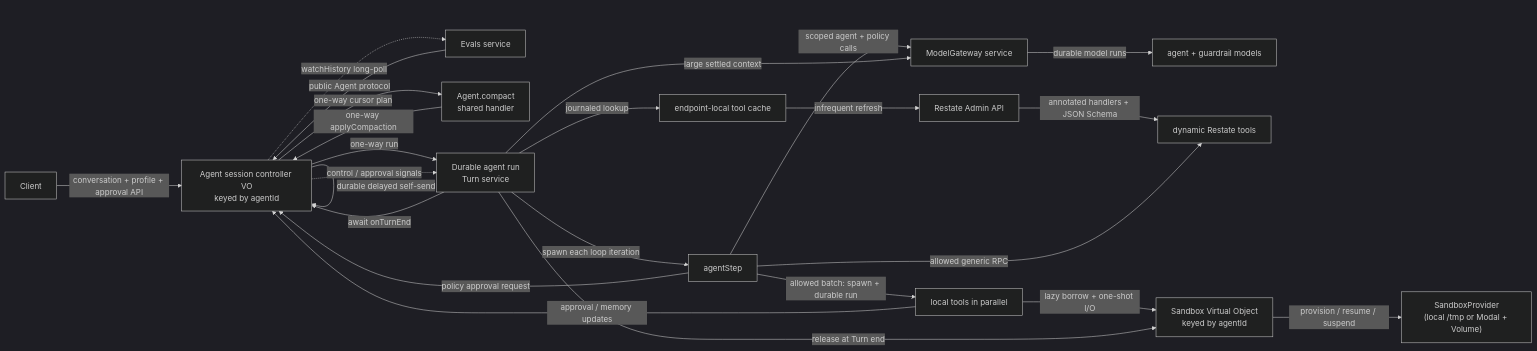
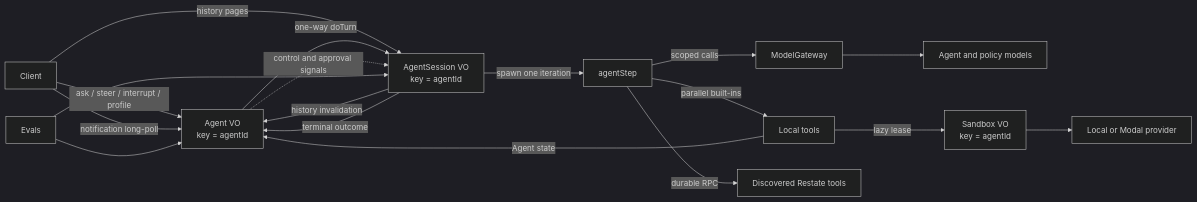
Before and after one commit to restatedev/agent: the diagram in README.md, drawn with Mermaid (dark theme). The commit also changed other lines of this file and 10 other files, not shown here.

Commit message:
docs: align guides with agent session architecture

````diff
--- a/README.md
+++ b/README.md
@@ -137,26 +79,20 @@
 ```mermaid
 flowchart LR
-  Client -->|"conversation + profile + approval API"| Agent["Agent session controller VO\nkeyed by agentId"]
-  Agent -->|"one-way run"| Turn["Durable agent run\nTurn service"]
-  Agent -->|"durable delayed self-send"| Agent
-  Agent -.->|"control / approval signals"| Turn
-  Turn -->|"spawn each loop iteration"| Step["agentStep"]
-  Step -->|"scoped agent + policy calls"| Gateway["ModelGateway service"]
-  Gateway -->|"durable model runs"| Model["agent + guardrail models"]
-  Step -->|"allowed batch: spawn + durable run"| Tools["local tools in parallel"]
-  Turn -->|"journaled lookup"| Cache["endpoint-local tool cache"]
-  Cache -->|"infrequent refresh"| Admin["Restate Admin API"]
-  Admin -->|"annotated handlers + JSON Schema"| Dynamic["dynamic Restate tools"]
-  Step -->|"allowed generic RPC"| Dynamic
-  Step -->|"policy approval request"| Agent
-  Tools -->|"approval / memory updates"| Agent
-  Tools -->|"lazy borrow + one-shot I/O"| Sandbox["Sandbox Virtual Object\nkeyed by agentId"]
-  Turn -->|"release at Turn end"| Sandbox
-  Sandbox -->|"provision / resume / suspend"| Provider["SandboxProvider\n(local /tmp or Modal + Volume)"]
-  Turn -->|"large settled context"| Gateway
-  Turn -->|"await onTurnEnd"| Agent
-  Eval["Evals service"] -->|"public Agent protocol"| Agent
-  Agent -.->|"watchHistory long-poll"| Eval
-  Agent -->|"one-way cursor plan"| Compactor["Agent.compact\nshared handler"]
-  Compactor -->|"one-way applyCompaction"| Agent
+  C["Client"] -->|"ask / steer / interrupt / profile"| A["Agent VO\nkey = agentId"]
+  C -->|"history pages"| S["AgentSession VO\nkey = agentId"]
+  C -->|"notification long-poll"| A
+  A -->|"one-way doTurn"| S
+  A -.->|"control and approval signals"| S
+  S -->|"spawn one iteration"| Step["agentStep"]
+  Step -->|"scoped calls"| G["ModelGateway"]
+  G --> M["Agent and policy models"]
+  Step -->|"parallel built-ins"| T["Local tools"]
+  Step -->|"durable RPC"| D["Discovered Restate tools"]
+  T -->|"Agent state"| A
+  T -->|"lazy lease"| X["Sandbox VO\nkey = agentId"]
+  X --> P["Local or Modal provider"]
+  S -->|"history invalidation"| A
+  S -->|"terminal outcome"| A
+  E["Evals"] --> A
+  E --> S
 ```
````
